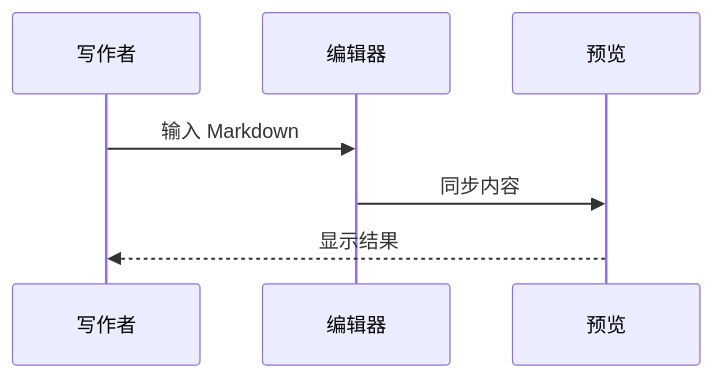
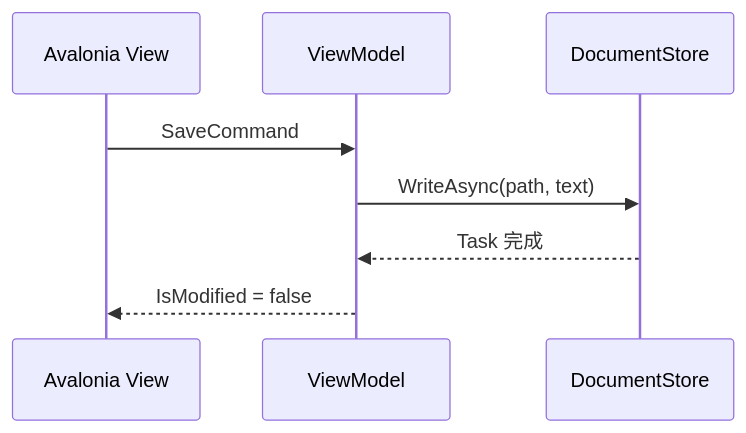
The second of 24 diagrams in docs/演示文档/Mermaid 图表图鉴.md (dotnet9/Vex), drawn with Mermaid before and after one commit. The commit also changed other lines of this file and 23 other files, not shown here.

Commit message:
完善(演示文档)：围绕 .NET 与 Avalonia 重编示例并补齐 24 类图表

````diff
--- a/docs/演示文档/Mermaid 图表图鉴.md
+++ b/docs/演示文档/Mermaid 图表图鉴.md
@@ -24,9 +25,10 @@
 ```mermaid
 sequenceDiagram
-  participant W as 写作者
-  participant E as 编辑器
-  participant P as 预览
-  W->>E: 输入 Markdown
-  E->>P: 同步内容
-  P-->>W: 显示结果
+  participant V as Avalonia View
+  participant VM as ViewModel
+  participant S as DocumentStore
+  V->>VM: SaveCommand
+  VM->>S: WriteAsync(path, text)
+  S-->>VM: Task 完成
+  VM-->>V: IsModified = false
 ```
````
